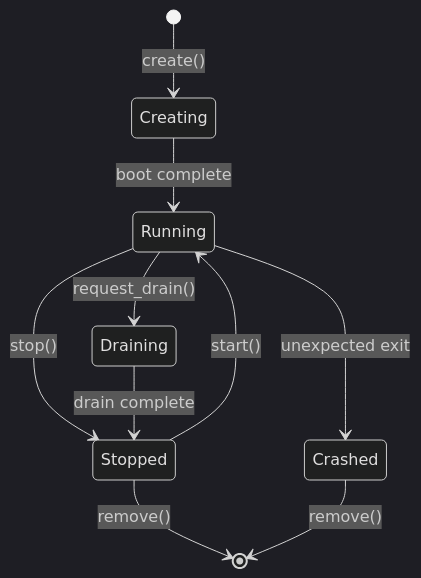
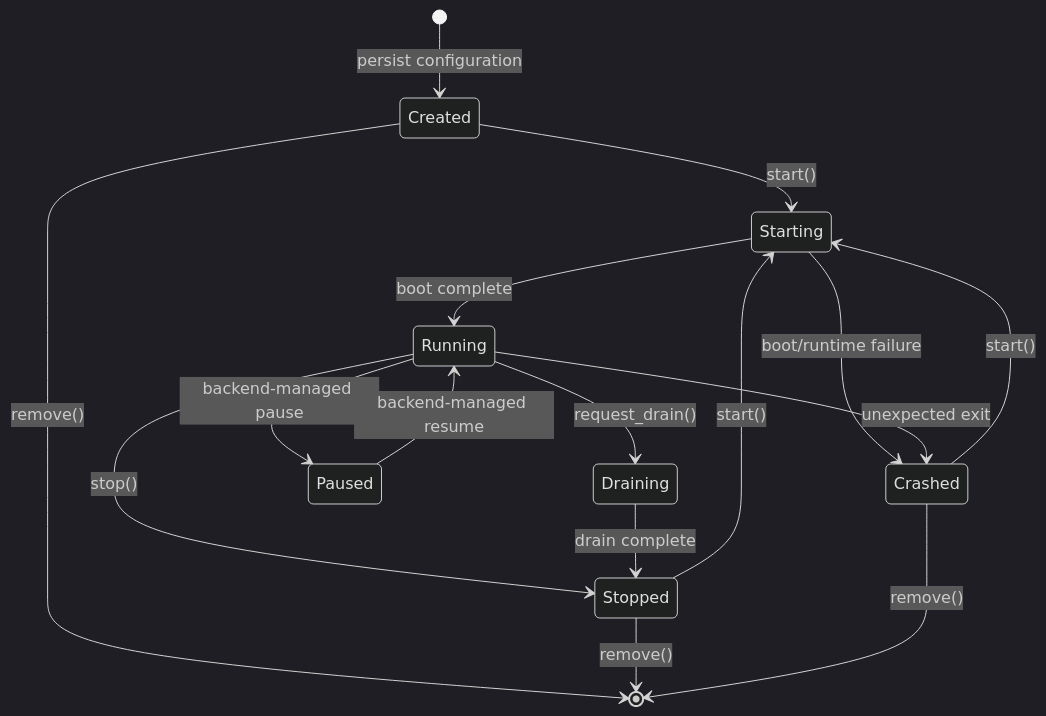
One commit to superradcompany/microsandbox changed the first of 2 diagrams in docs/sandboxes/lifecycle.mdx. Above: the diagram before and after it, drawn with Mermaid (dark theme). The commit also changed other lines of this file and 46 other files, not shown here.

````diff
--- a/docs/sandboxes/lifecycle.mdx
+++ b/docs/sandboxes/lifecycle.mdx
@@ -11,12 +11,18 @@
 ```mermaid
 stateDiagram-v2
-    [*] --> Creating: create()
-    Creating --> Running: boot complete
+    [*] --> Created: persist configuration
+    Created --> Starting: start()
+    Starting --> Running: boot complete
+    Starting --> Crashed: boot/runtime failure
     Running --> Draining: request_drain()
     Running --> Stopped: stop()
     Running --> Crashed: unexpected exit
+    Running --> Paused: backend-managed pause
+    Paused --> Running: backend-managed resume
     Draining --> Stopped: drain complete
-    Stopped --> Running: start()
+    Stopped --> Starting: start()
+    Crashed --> Starting: start()
+    Created --> [*]: remove()
     Stopped --> [*]: remove()
     Crashed --> [*]: remove()
 ```
````
